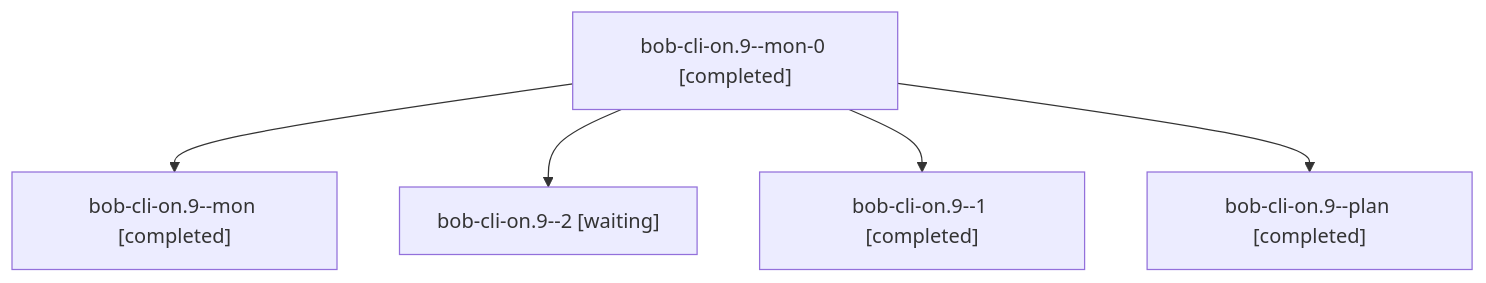
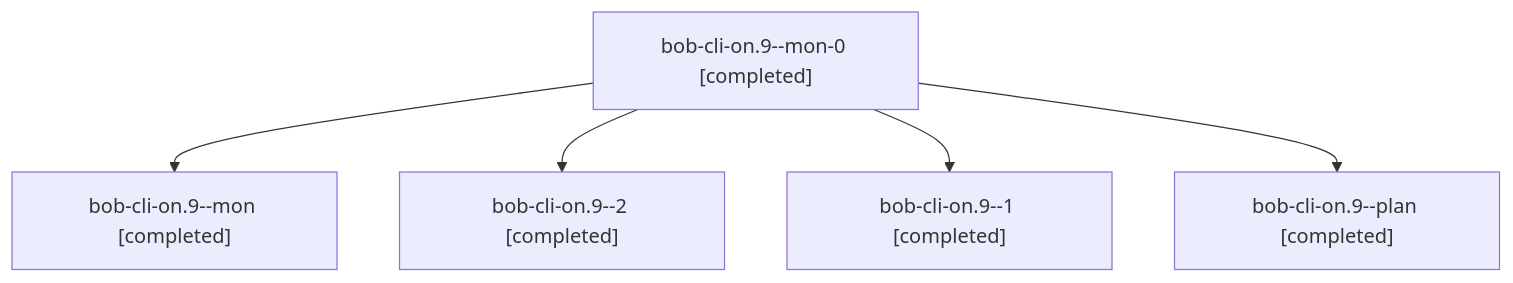
The diagram in sessions/bbugyi200.athena.bob-cli-on.9.md (bobs-org/bob-cli--agents), drawn with Mermaid before and after one commit. The commit also changed other lines of this file and 63 other files, not shown here.

````diff
--- a/sessions/bbugyi200.athena.bob-cli-on.9.md
+++ b/sessions/bbugyi200.athena.bob-cli-on.9.md
@@ -9,12 +9,12 @@
 ```mermaid
 flowchart TD
   n0["bob-cli-on.9--mon-0 [completed]"]
   n1["bob-cli-on.9--mon [completed]"]
   n0 --> n1
-  n2["bob-cli-on.9--2 [waiting]"]
+  n2["bob-cli-on.9--2 [completed]"]
   n0 --> n2
   n3["bob-cli-on.9--1 [completed]"]
   n0 --> n3
   n4["bob-cli-on.9--plan [completed]"]
   n0 --> n4
 ```
````
